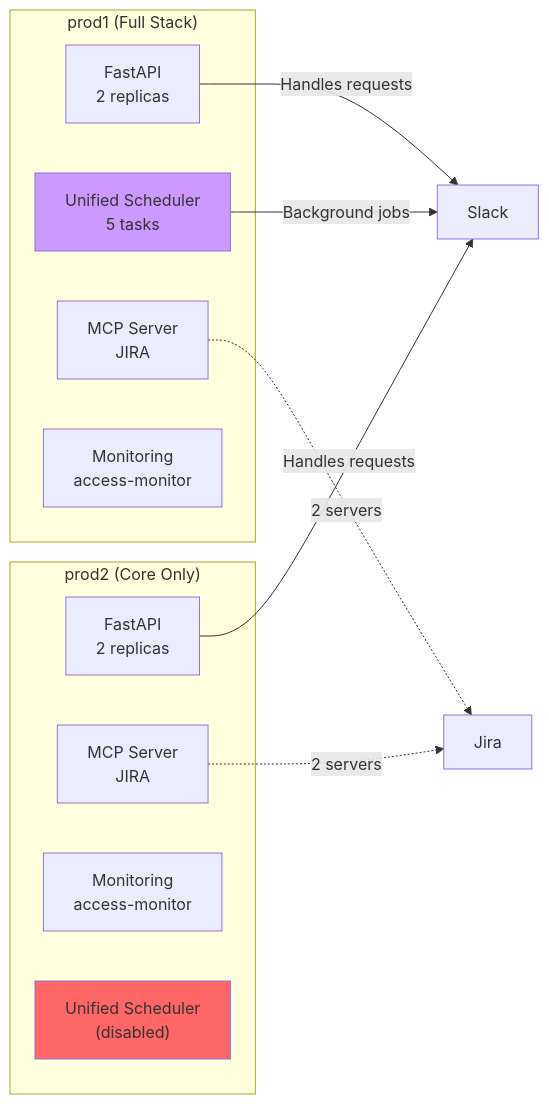
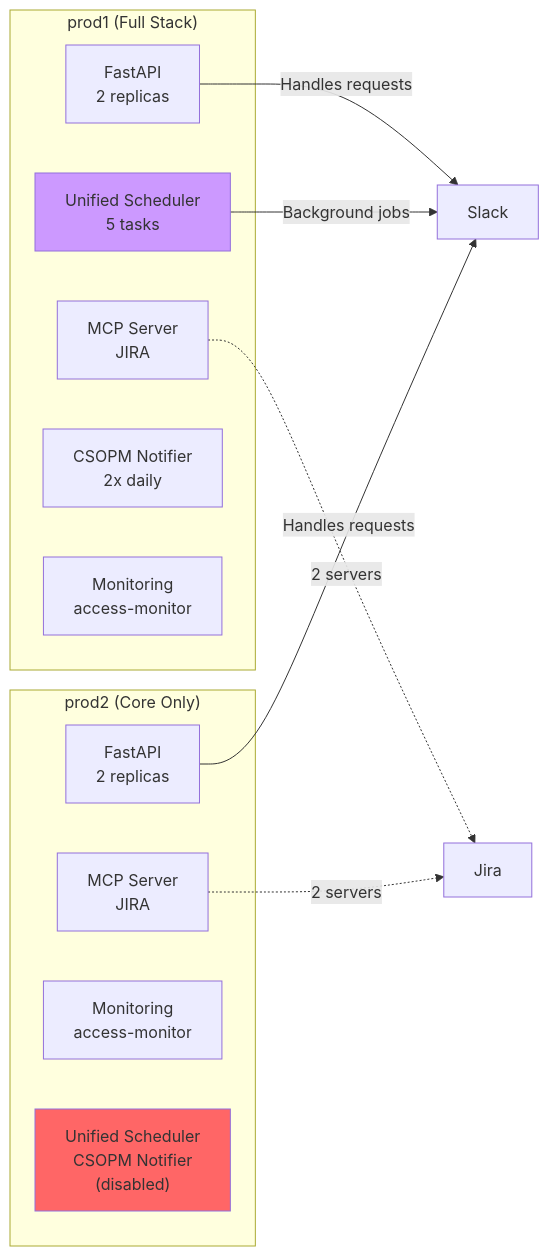
Before and after one commit to blueman82/mcp-exec: the third of 5 diagrams in projects/ketchup/docs/diagrams/5-container-topology.md, drawn with Mermaid.

Commit message:
Update documentation: 5-container-topology.md via Edit [2026-01-22 11:29]

````diff
--- a/projects/ketchup/docs/diagrams/5-container-topology.md
+++ b/projects/ketchup/docs/diagrams/5-container-topology.md
@@ -164,26 +164,27 @@
 ```mermaid
 graph LR
     subgraph "prod1 (Full Stack)"
         P1_FastAPI["FastAPI<br/>2 replicas"]
         P1_MCP["MCP Server<br/>JIRA"]
         P1_Unified["Unified Scheduler<br/>5 tasks"]
+        P1_CSOPM["CSOPM Notifier<br/>2x daily"]
         P1_Monitor["Monitoring<br/>access-monitor"]
     end
 
     subgraph "prod2 (Core Only)"
         P2_FastAPI["FastAPI<br/>2 replicas"]
         P2_MCP["MCP Server<br/>JIRA"]
         P2_Monitor["Monitoring<br/>access-monitor"]
-        P2_Disabled["Unified Scheduler<br/>(disabled)"]
+        P2_Disabled["Unified Scheduler<br/>CSOPM Notifier<br/>(disabled)"]
     end
 
     P1_FastAPI -->|Handles requests| Slack
     P1_Unified -->|Background jobs| Slack
     P2_FastAPI -->|Handles requests| Slack
 
     style P1_Unified fill:#cc99ff
     style P2_Disabled fill:#ff6666
 
     P1_MCP -.->|2 servers| Jira
     P2_MCP -.->|2 servers| Jira
 ```
````
